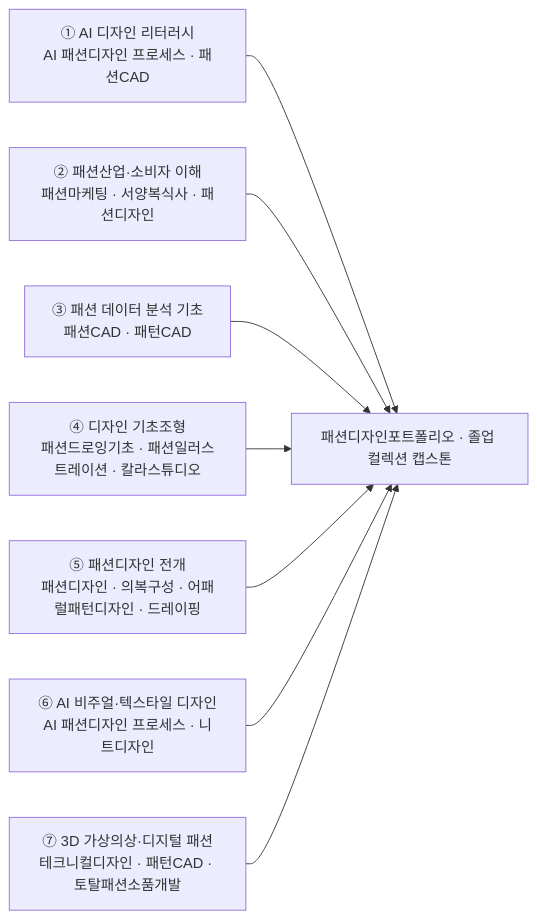
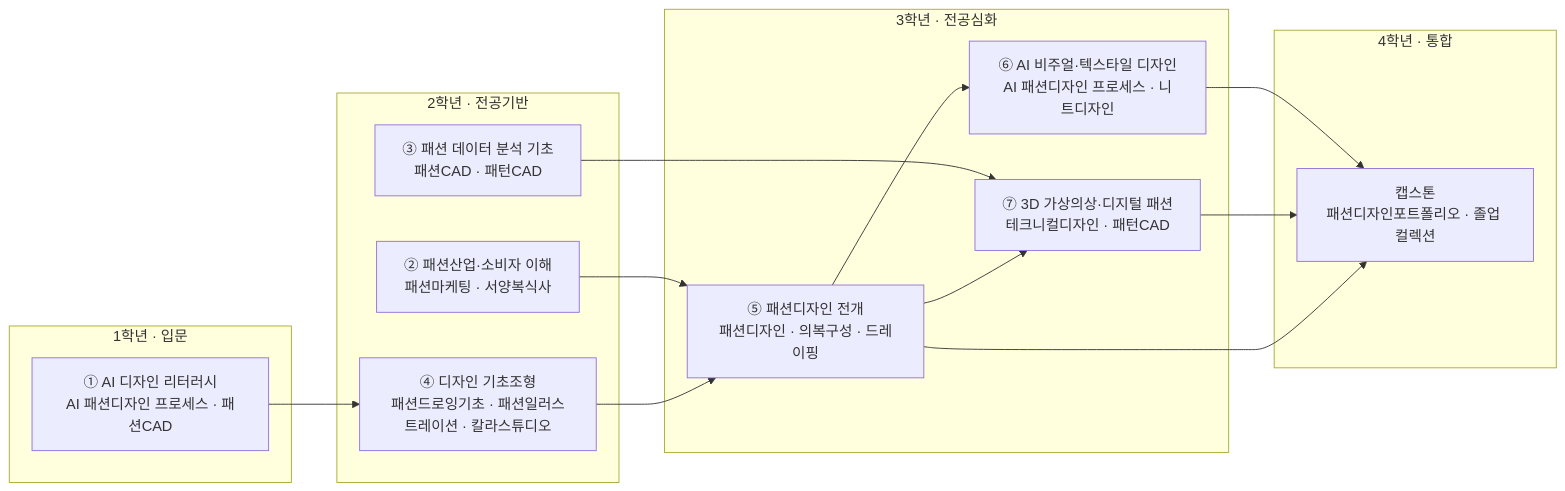
Before and after one commit to parclab-hsu/ai-curriculum-2026: the diagram in docs/design/fashion-design.md, drawn with Mermaid. The commit also changed other lines of this file and 22 other files, not shown here.

First line of the commit message:
모듈 다이어그램 강화 — 1~4학년 로드맵 + 모듈-역량 매핑 (23개 트랙)

````diff
--- a/docs/design/fashion-design.md
+++ b/docs/design/fashion-design.md
@@ -98,11 +98,28 @@
 ```mermaid
 flowchart LR
-  M1["① AI 디자인 리터러시<br/>AI 패션디자인 프로세스 · 패션CAD"] --> CAP
-  M2["② 패션산업·소비자 이해<br/>패션마케팅 · 서양복식사 · 패션디자인"] --> CAP
-  M3["③ 패션 데이터 분석 기초<br/>패션CAD · 패턴CAD"] --> CAP
-  M4["④ 디자인 기초조형<br/>패션드로잉기초 · 패션일러스트레이션 · 칼라스튜디오"] --> CAP
-  M5["⑤ 패션디자인 전개<br/>패션디자인 · 의복구성 · 어패럴패턴디자인 · 드레이핑"] --> CAP
-  M6["⑥ AI 비주얼·텍스타일 디자인<br/>AI 패션디자인 프로세스 · 니트디자인"] --> CAP
-  M7["⑦ 3D 가상의상·디지털 패션<br/>테크니컬디자인 · 패턴CAD · 토탈패션소품개발"] --> CAP
-  CAP["패션디자인포트폴리오 · 졸업 컬렉션 캡스톤"]
+  subgraph Y1["1학년 · 입문"]
+    A0["① AI 디자인 리터러시<br/>AI 패션디자인 프로세스 · 패션CAD"]
+  end
+  subgraph Y2["2학년 · 전공기반"]
+    M2["② 패션산업·소비자 이해<br/>패션마케팅 · 서양복식사"]
+    M3["③ 패션 데이터 분석 기초<br/>패션CAD · 패턴CAD"]
+    M4["④ 디자인 기초조형<br/>패션드로잉기초 · 패션일러스트레이션 · 칼라스튜디오"]
+  end
+  subgraph Y3["3학년 · 전공심화"]
+    M5["⑤ 패션디자인 전개<br/>패션디자인 · 의복구성 · 드레이핑"]
+    M6["⑥ AI 비주얼·텍스타일 디자인<br/>AI 패션디자인 프로세스 · 니트디자인"]
+    M7["⑦ 3D 가상의상·디지털 패션<br/>테크니컬디자인 · 패턴CAD"]
+  end
+  subgraph Y4["4학년 · 통합"]
+    CAP["캡스톤<br/>패션디자인포트폴리오 · 졸업 컬렉션"]
+  end
+  A0 --> M4
+  M2 --> M5
+  M3 --> M7
+  M4 --> M5
+  M5 --> M6
+  M5 --> M7
+  M6 --> CAP
+  M7 --> CAP
+  M5 --> CAP
 ```
````
